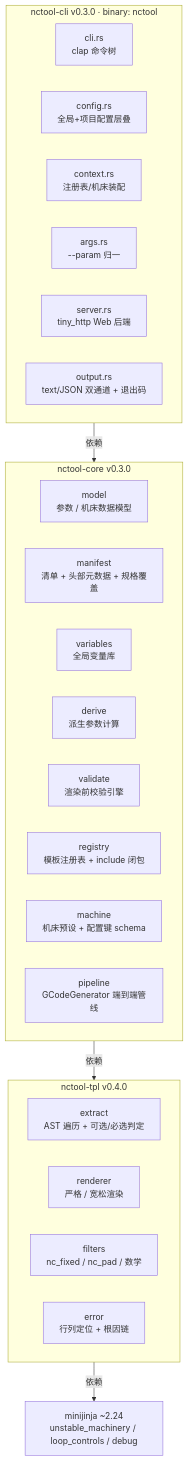
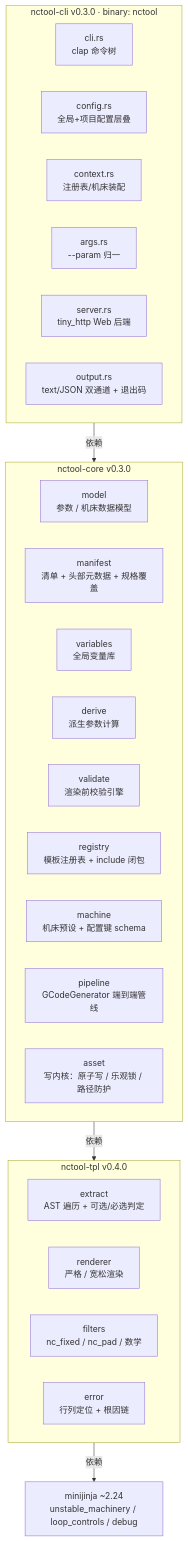
One commit to lzg9698-code/nctool-tpl changed the first of 4 diagrams in docs/SYSTEM_DESIGN.md. Above: the diagram before and after it, drawn with Mermaid. The commit also changed other lines of this file and 30 other files, not shown here.

````diff
--- a/docs/SYSTEM_DESIGN.md
+++ b/docs/SYSTEM_DESIGN.md
@@ -54,35 +55,36 @@
 ```mermaid
 graph TD
     subgraph CLI["nctool-cli v0.3.0 · binary: nctool"]
         C1[cli.rs<br/>clap 命令树]
         C2[config.rs<br/>全局+项目配置层叠]
         C3[context.rs<br/>注册表/机床装配]
         C4[args.rs<br/>--param 归一]
         C5[server.rs<br/>tiny_http Web 后端]
         C6[output.rs<br/>text/JSON 双通道 + 退出码]
     end
 
     subgraph CORE["nctool-core v0.3.0"]
         R1[model<br/>参数 / 机床数据模型]
         R2[manifest<br/>清单 + 头部元数据 + 规格覆盖]
         R3[variables<br/>全局变量库]
         R4[derive<br/>派生参数计算]
         R5[validate<br/>渲染前校验引擎]
         R6[registry<br/>模板注册表 + include 闭包]
         R7[machine<br/>机床预设 + 配置键 schema]
         R8[pipeline<br/>GCodeGenerator 端到端管线]
+        R9[asset<br/>写内核：原子写 / 乐观锁 / 路径防护]
     end
 
     subgraph TPL["nctool-tpl v0.4.0"]
         T1[extract<br/>AST 遍历 + 可选/必选判定]
         T2[renderer<br/>严格 / 宽松渲染]
         T3[filters<br/>nc_fixed / nc_pad / 数学]
         T4[error<br/>行列定位 + 根因链]
     end
 
     MJ[minijinja ~2.24<br/>unstable_machinery / loop_controls / debug]
 
     CLI -->|依赖| CORE
     CORE -->|依赖| TPL
     TPL -->|依赖| MJ
 ```
````
